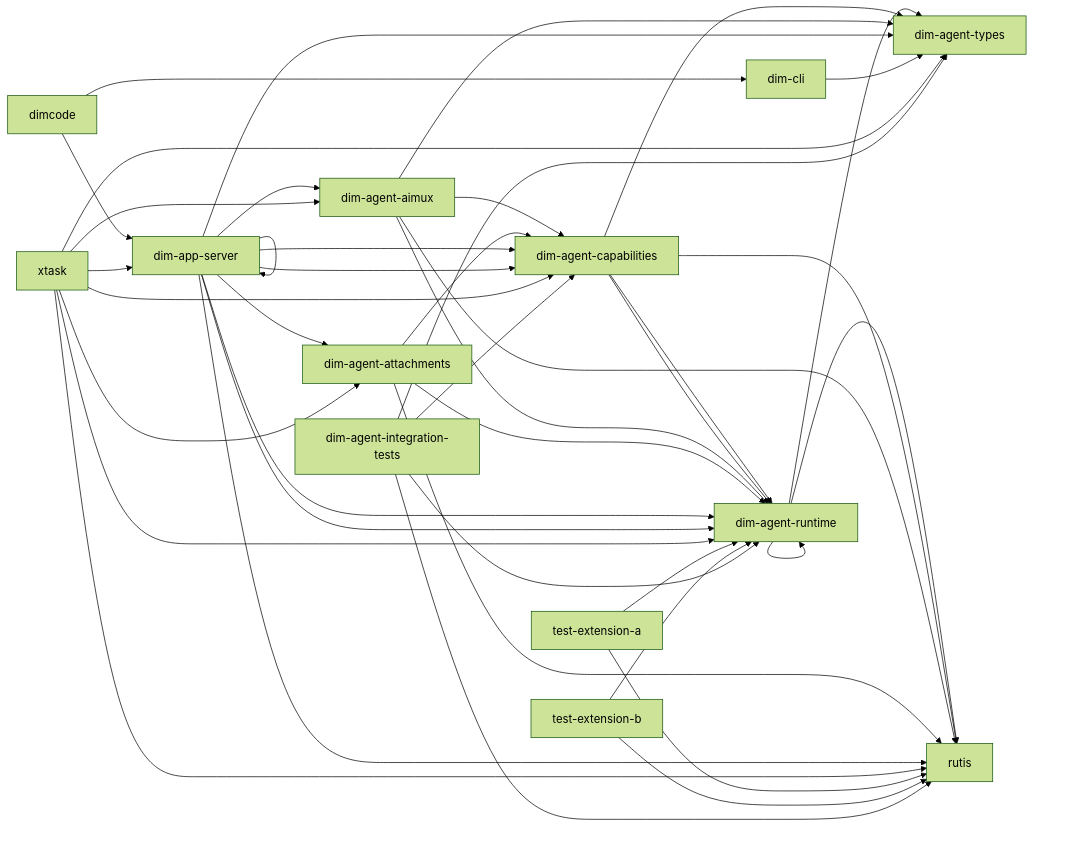
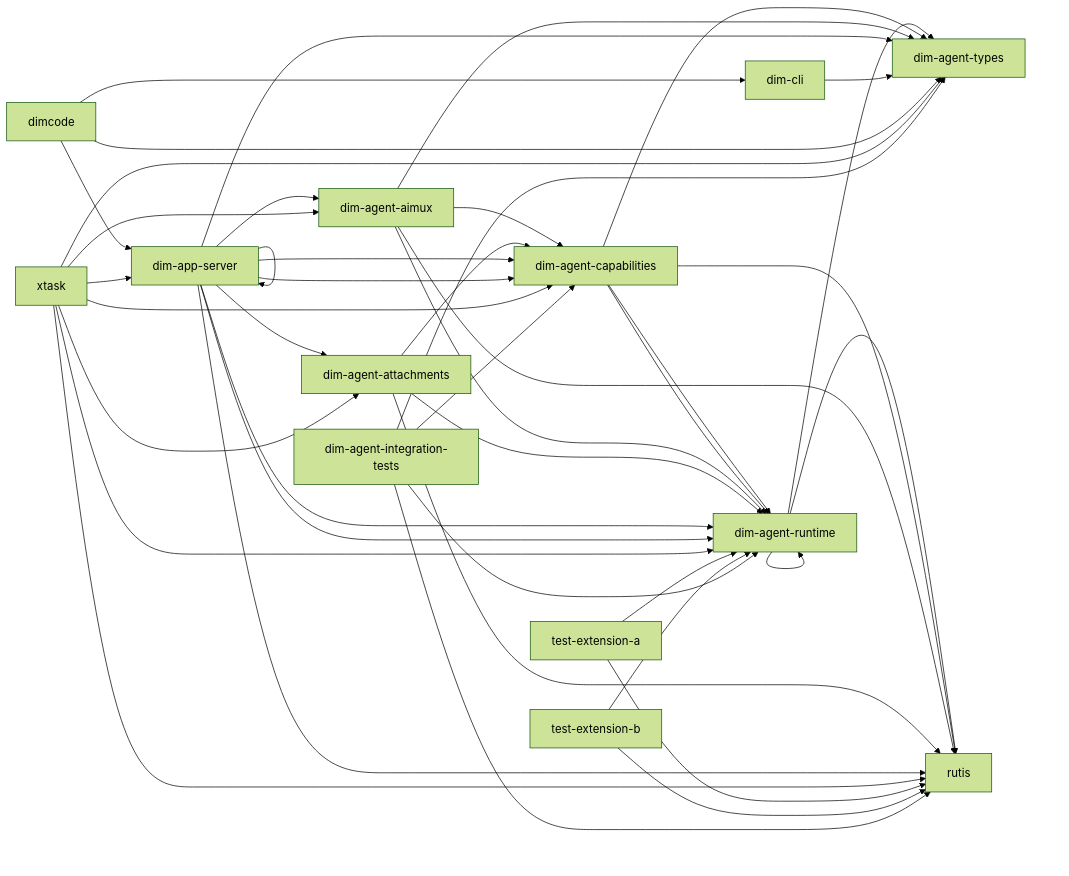
The diagram in docs/architecture/rust-agent/generated/crates.mmd (CoutinhoTTS/dim-agent), drawn with Mermaid (forest theme) before and after one commit. The commit also changed 5 other files, not shown here.

```diff
--- a/docs/architecture/rust-agent/generated/crates.mmd
+++ b/docs/architecture/rust-agent/generated/crates.mmd
@@ -1,43 +1,44 @@
 %% Generated from cargo metadata; do not edit.
 flowchart LR
   dim_agent_runtime["dim-agent-runtime"] --> dim_agent_types["dim-agent-types"]
   dim_agent_runtime["dim-agent-runtime"] --> rutis["rutis"]
   dim_agent_runtime["dim-agent-runtime"] --> dim_agent_runtime["dim-agent-runtime"]
   dim_agent_capabilities["dim-agent-capabilities"] --> dim_agent_runtime["dim-agent-runtime"]
   dim_agent_capabilities["dim-agent-capabilities"] --> dim_agent_types["dim-agent-types"]
   dim_agent_capabilities["dim-agent-capabilities"] --> rutis["rutis"]
   dim_agent_capabilities["dim-agent-capabilities"] --> dim_agent_runtime["dim-agent-runtime"]
   dim_agent_aimux["dim-agent-aimux"] --> dim_agent_capabilities["dim-agent-capabilities"]
   dim_agent_aimux["dim-agent-aimux"] --> dim_agent_runtime["dim-agent-runtime"]
   dim_agent_aimux["dim-agent-aimux"] --> dim_agent_types["dim-agent-types"]
   dim_agent_aimux["dim-agent-aimux"] --> rutis["rutis"]
   dim_agent_attachments["dim-agent-attachments"] --> dim_agent_capabilities["dim-agent-capabilities"]
   dim_agent_attachments["dim-agent-attachments"] --> dim_agent_runtime["dim-agent-runtime"]
   dim_agent_attachments["dim-agent-attachments"] --> rutis["rutis"]
   dim_app_server["dim-app-server"] --> dim_agent_aimux["dim-agent-aimux"]
   dim_app_server["dim-app-server"] --> dim_agent_attachments["dim-agent-attachments"]
   dim_app_server["dim-app-server"] --> dim_agent_capabilities["dim-agent-capabilities"]
   dim_app_server["dim-app-server"] --> dim_agent_runtime["dim-agent-runtime"]
   dim_app_server["dim-app-server"] --> dim_agent_types["dim-agent-types"]
   dim_app_server["dim-app-server"] --> rutis["rutis"]
   dim_app_server["dim-app-server"] --> dim_agent_capabilities["dim-agent-capabilities"]
   dim_app_server["dim-app-server"] --> dim_agent_runtime["dim-agent-runtime"]
   dim_app_server["dim-app-server"] --> dim_app_server["dim-app-server"]
   dim_cli["dim-cli"] --> dim_agent_types["dim-agent-types"]
   dimcode["dimcode"] --> dim_app_server["dim-app-server"]
   dimcode["dimcode"] --> dim_cli["dim-cli"]
+  dimcode["dimcode"] --> dim_agent_types["dim-agent-types"]
   xtask["xtask"] --> dim_agent_aimux["dim-agent-aimux"]
   xtask["xtask"] --> dim_agent_attachments["dim-agent-attachments"]
   xtask["xtask"] --> dim_agent_capabilities["dim-agent-capabilities"]
   xtask["xtask"] --> dim_agent_runtime["dim-agent-runtime"]
   xtask["xtask"] --> dim_agent_types["dim-agent-types"]
   xtask["xtask"] --> dim_app_server["dim-app-server"]
   xtask["xtask"] --> rutis["rutis"]
   test_extension_a["test-extension-a"] --> dim_agent_runtime["dim-agent-runtime"]
   test_extension_a["test-extension-a"] --> rutis["rutis"]
   test_extension_b["test-extension-b"] --> dim_agent_runtime["dim-agent-runtime"]
   test_extension_b["test-extension-b"] --> rutis["rutis"]
   dim_agent_integration_tests["dim-agent-integration-tests"] --> dim_agent_capabilities["dim-agent-capabilities"]
   dim_agent_integration_tests["dim-agent-integration-tests"] --> dim_agent_runtime["dim-agent-runtime"]
   dim_agent_integration_tests["dim-agent-integration-tests"] --> dim_agent_types["dim-agent-types"]
   dim_agent_integration_tests["dim-agent-integration-tests"] --> rutis["rutis"]
```
